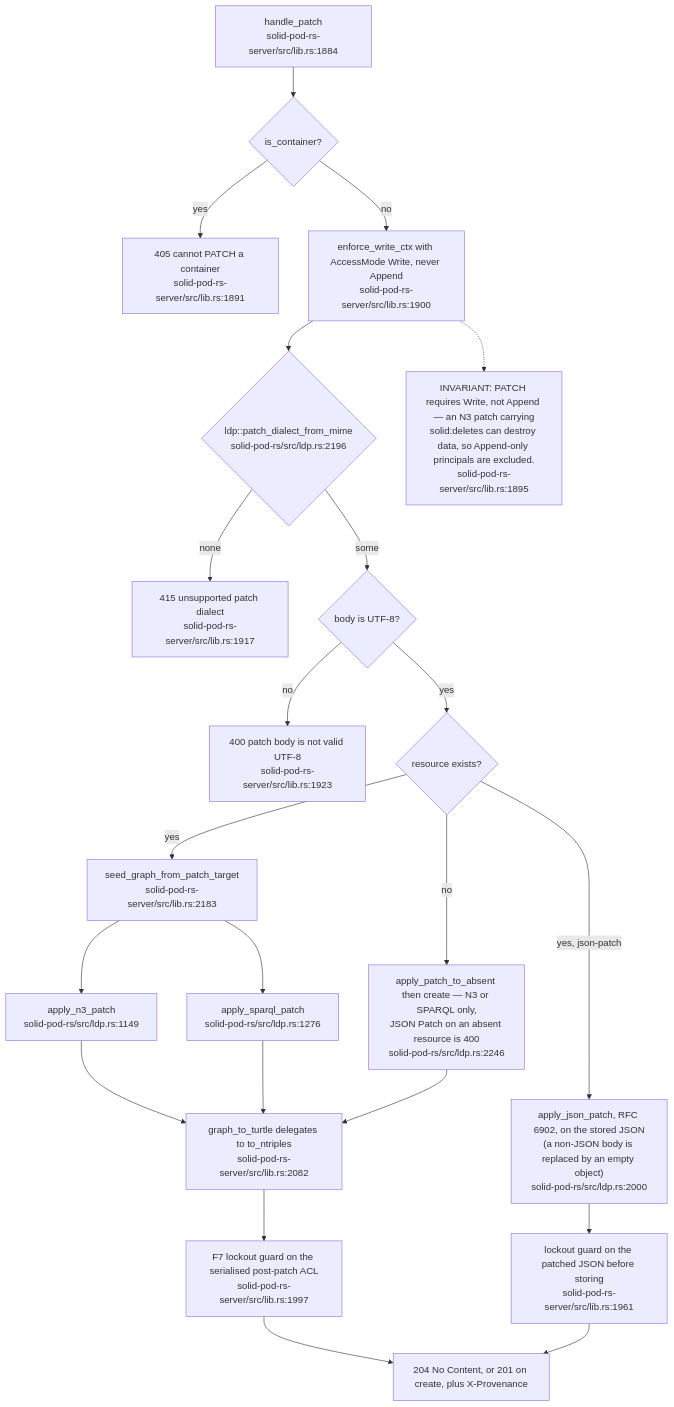
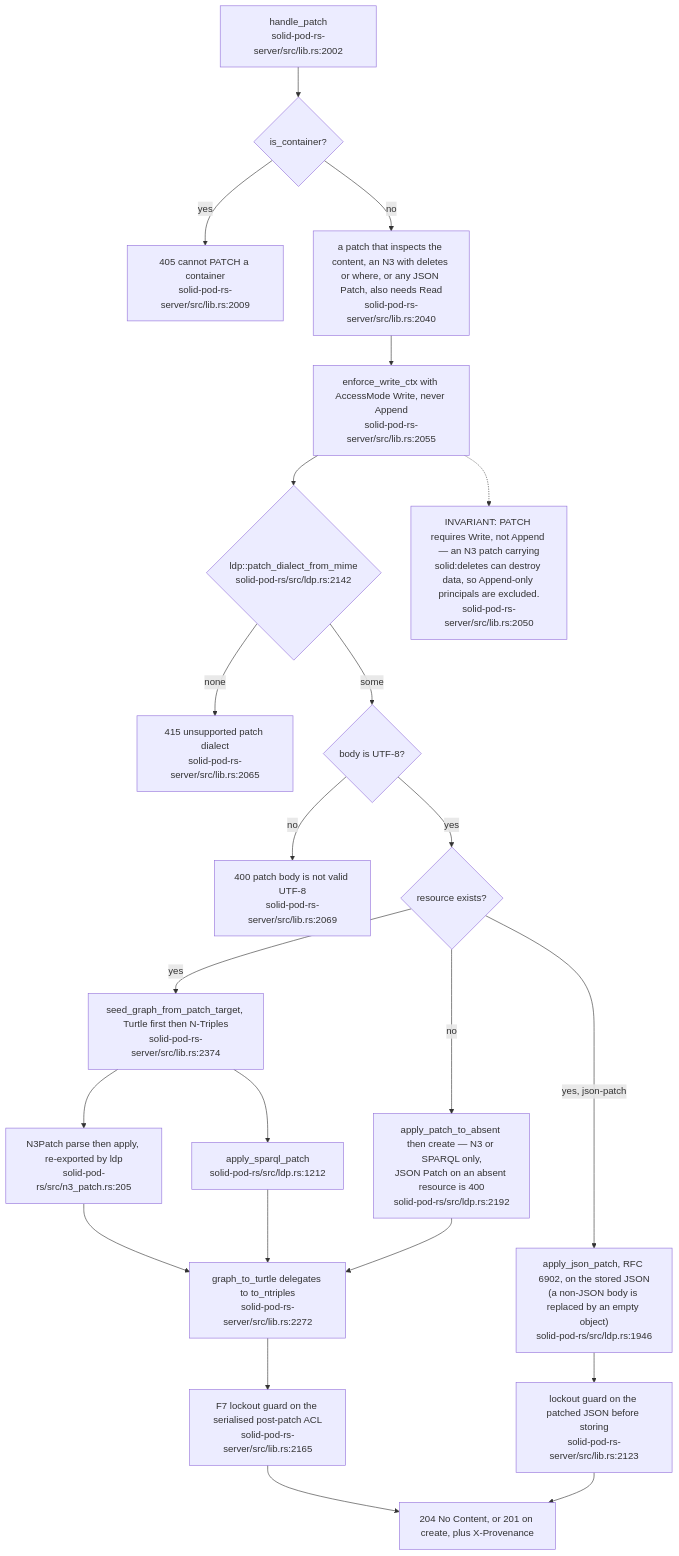
One commit to DreamLab-AI/VisionFlow changed the fifth of 11 diagrams in docs/diagrams/solid-pod-rs/03-ldp-request-lifecycle.md. Above: the diagram before and after it, drawn with Mermaid. The commit also changed other lines of this file and 59 other files, not shown here.

First line of the commit message:
docs(diagrams): re-derive and re-stamp forum, website, pod, ontomark and sealmap topics

````diff
--- a/docs/diagrams/solid-pod-rs/03-ldp-request-lifecycle.md
+++ b/docs/diagrams/solid-pod-rs/03-ldp-request-lifecycle.md
@@ -161,42 +163,43 @@
 ```mermaid
 flowchart TD
-    IN["handle_patch<br/>solid-pod-rs-server/src/lib.rs:1884"]
+    IN["handle_patch<br/>solid-pod-rs-server/src/lib.rs:2002"]
     CONT{"is_container?"}
-    C405["405 cannot PATCH a container<br/>solid-pod-rs-server/src/lib.rs:1891"]
-    AUTH["enforce_write_ctx with AccessMode Write, never Append<br/>solid-pod-rs-server/src/lib.rs:1900"]
-    DIAL{"ldp::patch_dialect_from_mime<br/>solid-pod-rs/src/ldp.rs:2196"}
-    U415["415 unsupported patch dialect<br/>solid-pod-rs-server/src/lib.rs:1917"]
+    C405["405 cannot PATCH a container<br/>solid-pod-rs-server/src/lib.rs:2009"]
+    RD["a patch that inspects the content, an N3 with deletes or where, or any JSON Patch, also needs Read<br/>solid-pod-rs-server/src/lib.rs:2040"]
+    AUTH["enforce_write_ctx with AccessMode Write, never Append<br/>solid-pod-rs-server/src/lib.rs:2055"]
+    DIAL{"ldp::patch_dialect_from_mime<br/>solid-pod-rs/src/ldp.rs:2142"}
+    U415["415 unsupported patch dialect<br/>solid-pod-rs-server/src/lib.rs:2065"]
     UTF{"body is UTF-8?"}
-    B400["400 patch body is not valid UTF-8<br/>solid-pod-rs-server/src/lib.rs:1923"]
+    B400["400 patch body is not valid UTF-8<br/>solid-pod-rs-server/src/lib.rs:2069"]
     EX{"resource exists?"}
-    SEED["seed_graph_from_patch_target<br/>solid-pod-rs-server/src/lib.rs:2183"]
-    N3["apply_n3_patch<br/>solid-pod-rs/src/ldp.rs:1149"]
-    SPQ["apply_sparql_patch<br/>solid-pod-rs/src/ldp.rs:1276"]
-    JP["apply_json_patch, RFC 6902, on the stored JSON<br/>(a non-JSON body is replaced by an empty object)<br/>solid-pod-rs/src/ldp.rs:2000"]
-    JGUARD["lockout guard on the patched JSON before storing<br/>solid-pod-rs-server/src/lib.rs:1961"]
-    ABS["apply_patch_to_absent then create — N3 or SPARQL only,<br/>JSON Patch on an absent resource is 400<br/>solid-pod-rs/src/ldp.rs:2246"]
-    SER["graph_to_turtle delegates to to_ntriples<br/>solid-pod-rs-server/src/lib.rs:2082"]
-    GUARD["F7 lockout guard on the serialised post-patch ACL<br/>solid-pod-rs-server/src/lib.rs:1997"]
+    SEED["seed_graph_from_patch_target, Turtle first then N-Triples<br/>solid-pod-rs-server/src/lib.rs:2374"]
+    N3["N3Patch parse then apply, re-exported by ldp<br/>solid-pod-rs/src/n3_patch.rs:205"]
+    SPQ["apply_sparql_patch<br/>solid-pod-rs/src/ldp.rs:1212"]
+    JP["apply_json_patch, RFC 6902, on the stored JSON<br/>(a non-JSON body is replaced by an empty object)<br/>solid-pod-rs/src/ldp.rs:1946"]
+    JGUARD["lockout guard on the patched JSON before storing<br/>solid-pod-rs-server/src/lib.rs:2123"]
+    ABS["apply_patch_to_absent then create — N3 or SPARQL only,<br/>JSON Patch on an absent resource is 400<br/>solid-pod-rs/src/ldp.rs:2192"]
+    SER["graph_to_turtle delegates to to_ntriples<br/>solid-pod-rs-server/src/lib.rs:2272"]
+    GUARD["F7 lockout guard on the serialised post-patch ACL<br/>solid-pod-rs-server/src/lib.rs:2165"]
     OUT["204 No Content, or 201 on create, plus X-Provenance"]
 
     IN --> CONT
     CONT -- yes --> C405
-    CONT -- no --> AUTH --> DIAL
+    CONT -- no --> RD --> AUTH --> DIAL
     DIAL -- none --> U415
     DIAL -- some --> UTF
     UTF -- no --> B400
     UTF -- yes --> EX
     EX -- yes --> SEED
     SEED --> N3
     SEED --> SPQ
     EX -- "yes, json-patch" --> JP
     EX -- no --> ABS
     N3 --> SER
     SPQ --> SER
     ABS --> SER
     SER --> GUARD --> OUT
     JP --> JGUARD --> OUT
 
-    NN["INVARIANT: PATCH requires Write, not Append — an N3 patch carrying<br/>solid:deletes can destroy data, so Append-only principals are excluded.<br/>solid-pod-rs-server/src/lib.rs:1895"]
+    NN["INVARIANT: PATCH requires Write, not Append — an N3 patch carrying<br/>solid:deletes can destroy data, so Append-only principals are excluded.<br/>solid-pod-rs-server/src/lib.rs:2050"]
     AUTH -.-> NN
 ```
````
